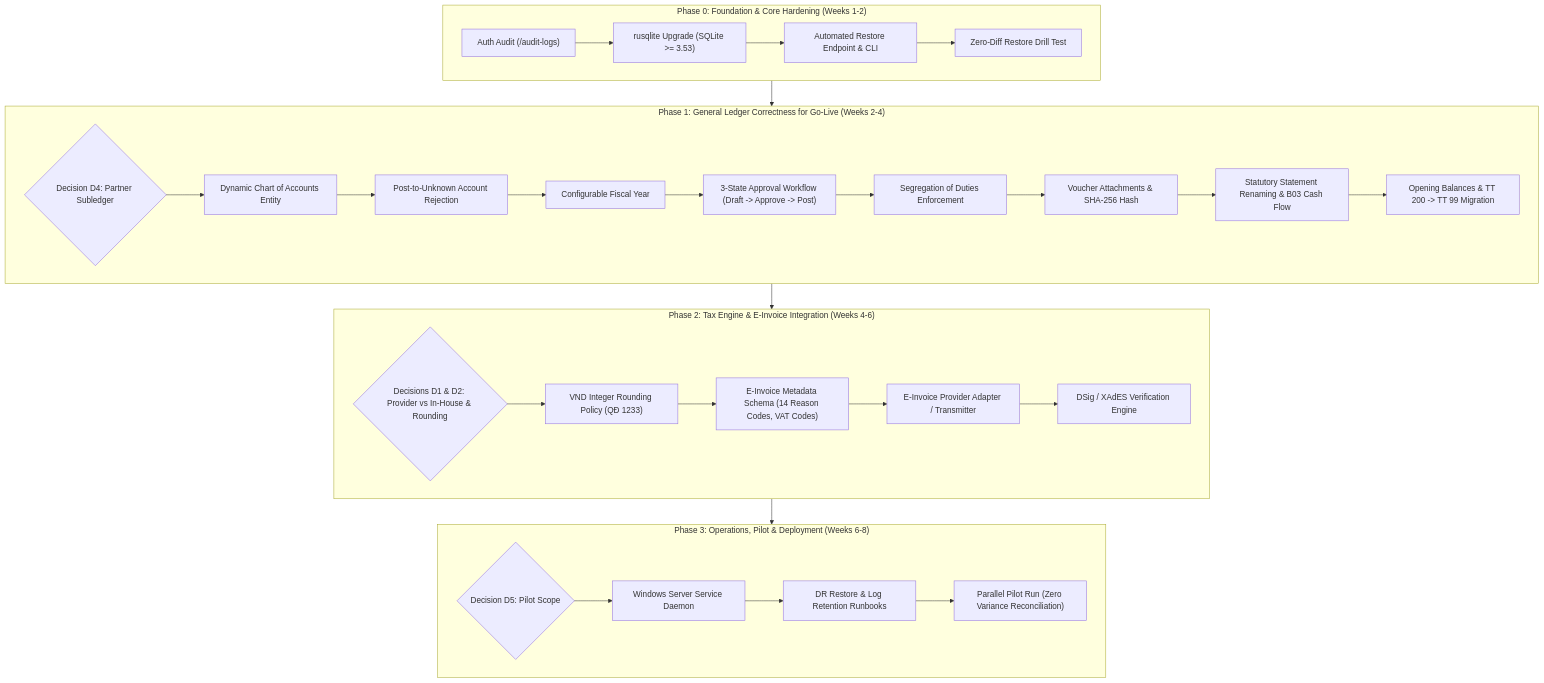
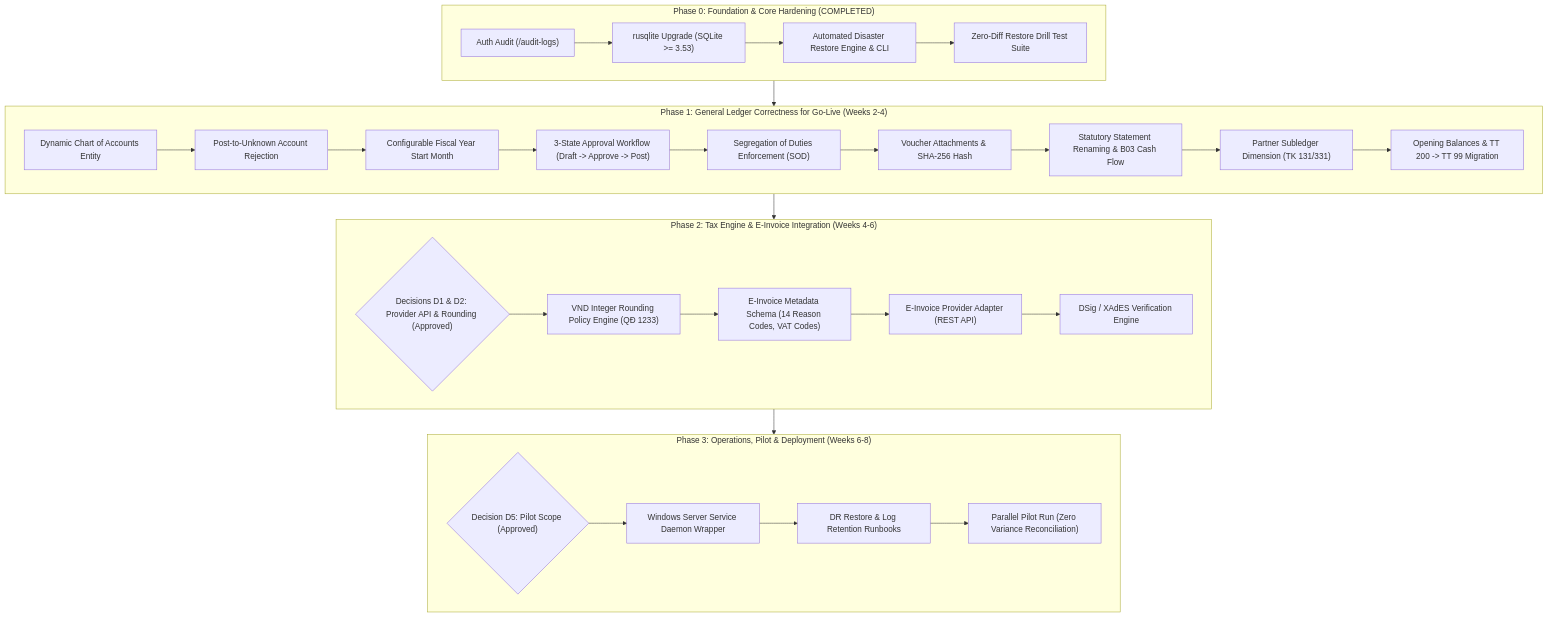
The diagram in docs/plan/PLAN.md (vqton/money-flow), drawn with Mermaid before and after one commit. The commit also changed other lines of this file and 5 other files, not shown here.

````diff
--- a/docs/plan/PLAN.md
+++ b/docs/plan/PLAN.md
@@ -23,36 +24,36 @@
 ```mermaid
 flowchart TD
-    subgraph Phase0 ["Phase 0: Foundation & Core Hardening (Weeks 1-2)"]
+    subgraph Phase0 ["Phase 0: Foundation & Core Hardening (COMPLETED)"]
         P0_1["Auth Audit (/audit-logs)"] --> P0_2["rusqlite Upgrade (SQLite >= 3.53)"]
-        P0_2 --> P0_3["Automated Restore Endpoint & CLI"]
-        P0_3 --> P0_4["Zero-Diff Restore Drill Test"]
+        P0_2 --> P0_3["Automated Disaster Restore Engine & CLI"]
+        P0_3 --> P0_4["Zero-Diff Restore Drill Test Suite"]
     end
 
     subgraph Phase1 ["Phase 1: General Ledger Correctness for Go-Live (Weeks 2-4)"]
-        GateD4{"Decision D4: Partner Subledger"} --> P1_1["Dynamic Chart of Accounts Entity"]
-        P1_1 --> P1_2["Post-to-Unknown Account Rejection"]
-        P1_2 --> P1_3["Configurable Fiscal Year"]
+        P1_1["Dynamic Chart of Accounts Entity"] --> P1_2["Post-to-Unknown Account Rejection"]
+        P1_2 --> P1_3["Configurable Fiscal Year Start Month"]
         P1_3 --> P1_4["3-State Approval Workflow (Draft -> Approve -> Post)"]
-        P1_4 --> P1_5["Segregation of Duties Enforcement"]
+        P1_4 --> P1_5["Segregation of Duties Enforcement (SOD)"]
         P1_5 --> P1_6["Voucher Attachments & SHA-256 Hash"]
         P1_6 --> P1_7["Statutory Statement Renaming & B03 Cash Flow"]
-        P1_7 --> P1_8["Opening Balances & TT 200 -> TT 99 Migration"]
+        P1_7 --> P1_9["Partner Subledger Dimension (TK 131/331)"]
+        P1_9 --> P1_8["Opening Balances & TT 200 -> TT 99 Migration"]
     end
 
     subgraph Phase2 ["Phase 2: Tax Engine & E-Invoice Integration (Weeks 4-6)"]
-        GateD1D2{"Decisions D1 & D2: Provider vs In-House & Rounding"} --> P2_1["VND Integer Rounding Policy (QĐ 1233)"]
+        GateD1D2{"Decisions D1 & D2: Provider API & Rounding (Approved)"} --> P2_1["VND Integer Rounding Policy Engine (QĐ 1233)"]
         P2_1 --> P2_2["E-Invoice Metadata Schema (14 Reason Codes, VAT Codes)"]
-        P2_2 --> P2_3["E-Invoice Provider Adapter / Transmitter"]
+        P2_2 --> P2_3["E-Invoice Provider Adapter (REST API)"]
         P2_3 --> P2_4["DSig / XAdES Verification Engine"]
     end
 
     subgraph Phase3 ["Phase 3: Operations, Pilot & Deployment (Weeks 6-8)"]
-        GateD5{"Decision D5: Pilot Scope"} --> P3_1["Windows Server Service Daemon"]
+        GateD5{"Decision D5: Pilot Scope (Approved)"} --> P3_1["Windows Server Service Daemon Wrapper"]
         P3_1 --> P3_2["DR Restore & Log Retention Runbooks"]
         P3_2 --> P3_3["Parallel Pilot Run (Zero Variance Reconciliation)"]
     end
 
     Phase0 --> Phase1
     Phase1 --> Phase2
     Phase2 --> Phase3
 ```
````
